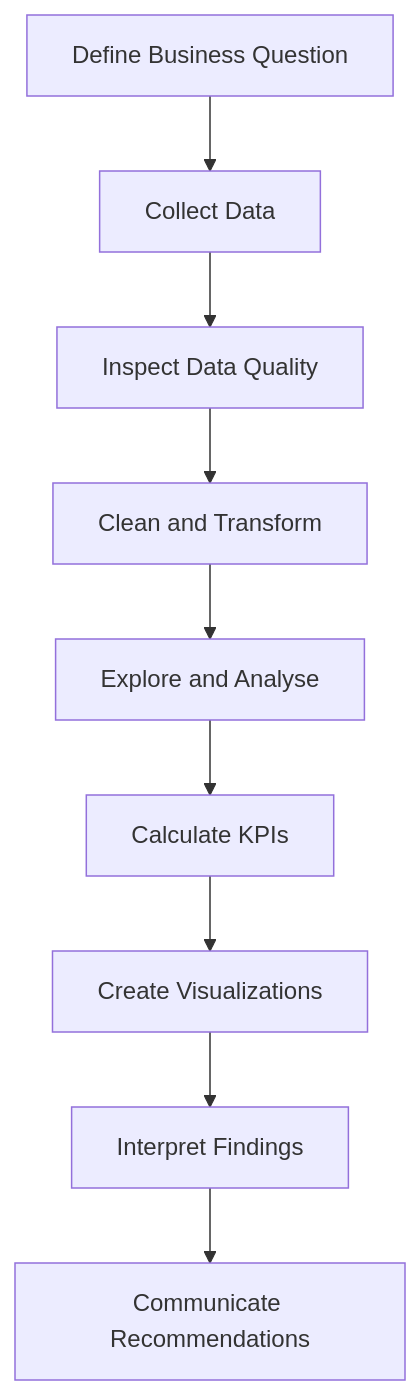
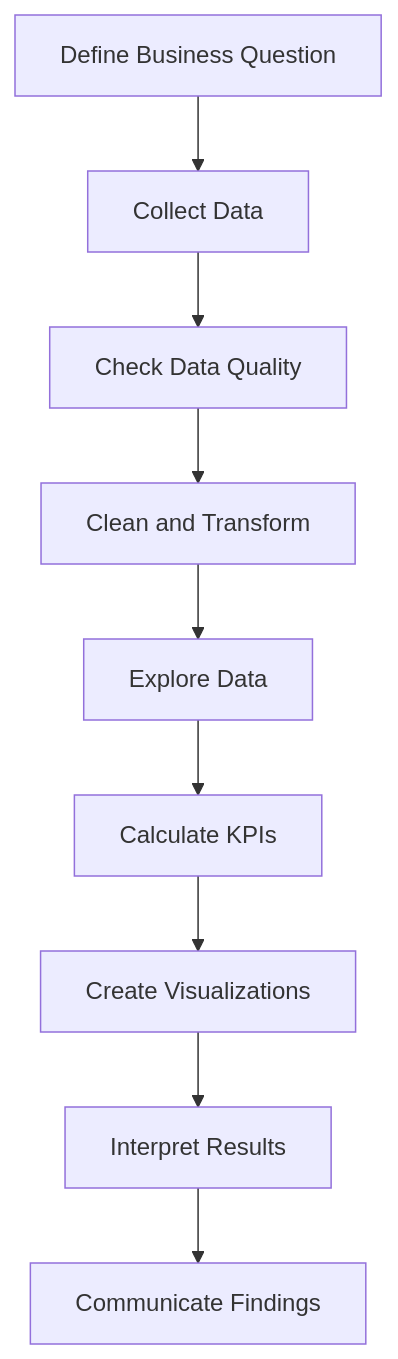
The second of 2 diagrams in README.md (kanishkailango/kanishkailango), drawn with Mermaid before and after one commit. The commit also changed other lines of this file, not shown here.

````diff
--- a/README.md
+++ b/README.md
@@ -422,11 +429,11 @@
 ```mermaid
 flowchart TD
-    A[Define Business Question] --> B[Collect Data]
-    B --> C[Inspect Data Quality]
-    C --> D[Clean and Transform]
-    D --> E[Explore and Analyse]
-    E --> F[Calculate KPIs]
-    F --> G[Create Visualizations]
-    G --> H[Interpret Findings]
-    H --> I[Communicate Recommendations]
+    A["Define Business Question"] --> B["Collect Data"]
+    B --> C["Check Data Quality"]
+    C --> D["Clean and Transform"]
+    D --> E["Explore Data"]
+    E --> F["Calculate KPIs"]
+    F --> G["Create Visualizations"]
+    G --> H["Interpret Results"]
+    H --> I["Communicate Findings"]
 ```
````
